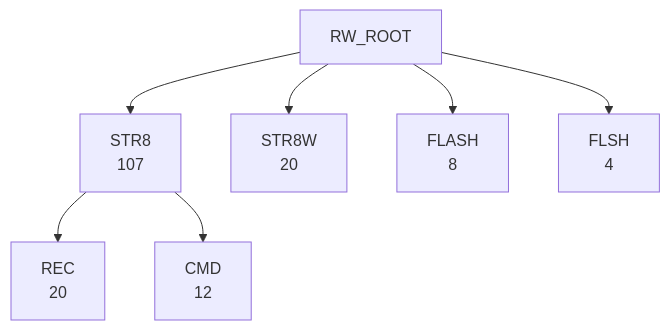
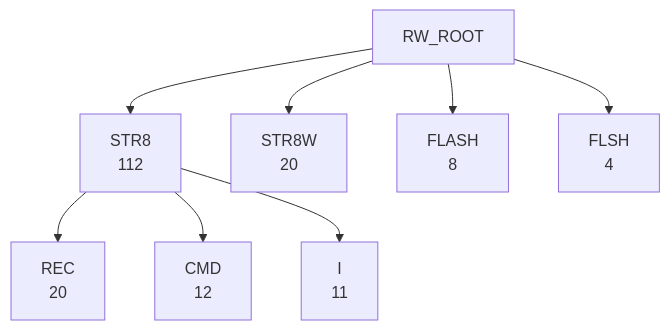
Before and after one commit to 95westus/R-YORS: the fifth of 6 diagrams in DOC/GENERATED/ROUTINE_WORD_TREE.md, drawn with Mermaid. The commit also changed other lines of this file and 14 other files, not shown here.

````diff
--- a/DOC/GENERATED/ROUTINE_WORD_TREE.md
+++ b/DOC/GENERATED/ROUTINE_WORD_TREE.md
@@ -78,9 +77,10 @@
 ```mermaid
 flowchart TD
-    RW_ROOT --> RW_STR8["STR8<br/>107"]
+    RW_ROOT --> RW_STR8["STR8<br/>112"]
     RW_ROOT --> RW_STR8W["STR8W<br/>20"]
     RW_ROOT --> RW_FLASH["FLASH<br/>8"]
     RW_ROOT --> RW_FLSH["FLSH<br/>4"]
     RW_STR8 --> RW_STR8_REC["REC<br/>20"]
     RW_STR8 --> RW_STR8_CMD["CMD<br/>12"]
+    RW_STR8 --> RW_STR8_I["I<br/>11"]
 ```
````
